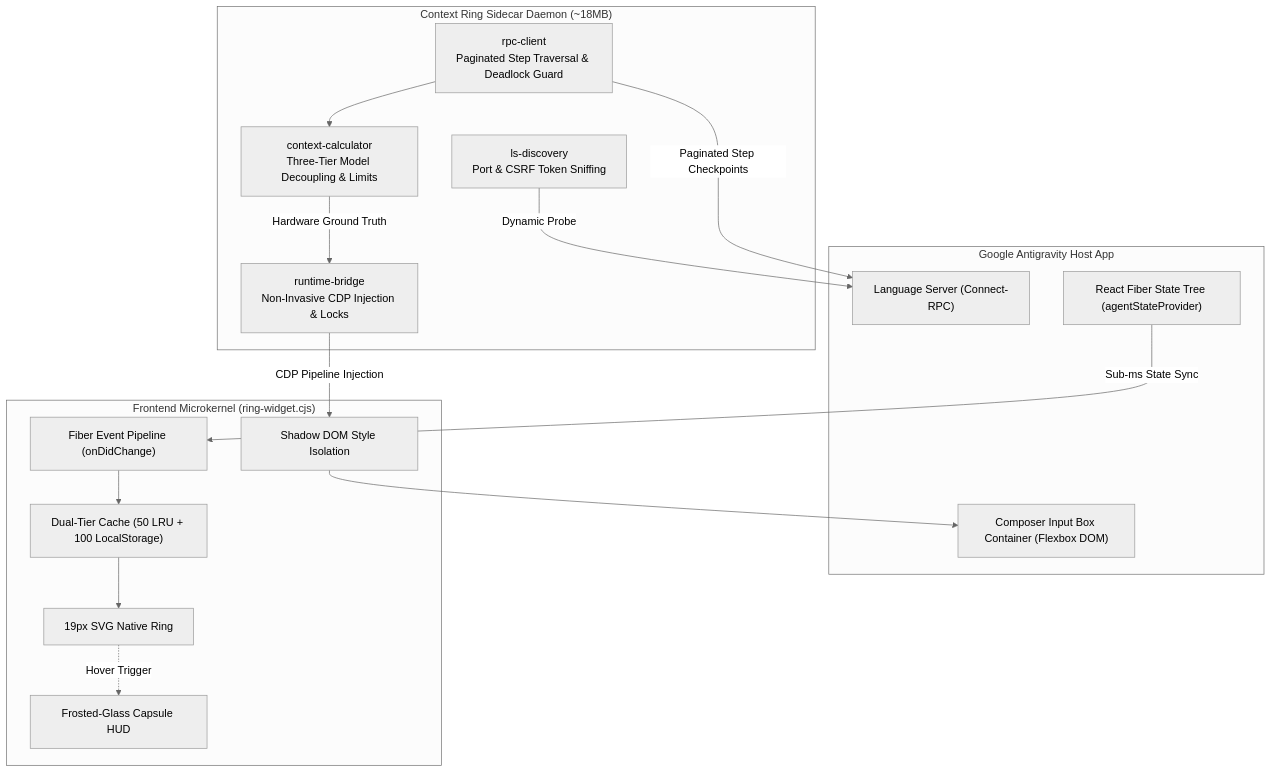
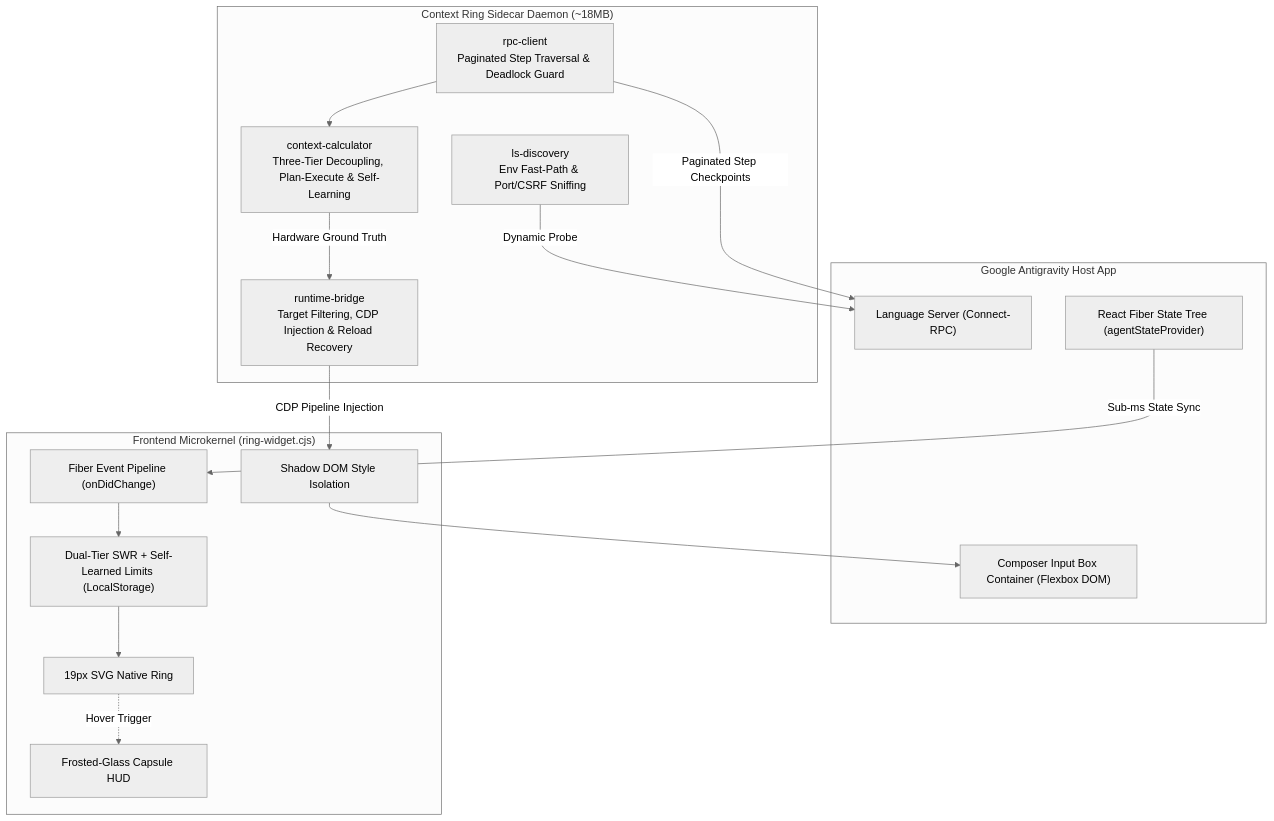
One commit to brien9/antigravity-context-ring changed the diagram in README_EN.md. Above: the diagram before and after it, drawn with Mermaid (neutral theme). The commit also changed other lines of this file and 23 other files, not shown here.

Commit message:
feat(ring): adapt Antigravity v44.9.1 (/btw, /swarm, Orchestrator, dynamic limits) and harden CDP/LS resilience

````diff
--- a/README_EN.md
+++ b/README_EN.md
@@ -95,34 +96,34 @@
 ```mermaid
 flowchart TD
     subgraph AntigravityHost["Google Antigravity Host App"]
         LS["Language Server (Connect-RPC)"]
         Fiber["React Fiber State Tree (agentStateProvider)"]
         UI["Composer Input Box Container (Flexbox DOM)"]
     end
 
     subgraph SidecarEngine["Context Ring Sidecar Daemon (~18MB)"]
-        Discovery["ls-discovery<br/>Port & CSRF Token Sniffing"]
+        Discovery["ls-discovery<br/>Env Fast-Path & Port/CSRF Sniffing"]
         Rpc["rpc-client<br/>Paginated Step Traversal & Deadlock Guard"]
-        Calc["context-calculator<br/>Three-Tier Model Decoupling & Limits"]
-        Bridge["runtime-bridge<br/>Non-Invasive CDP Injection & Locks"]
+        Calc["context-calculator<br/>Three-Tier Decoupling, Plan-Execute & Self-Learning"]
+        Bridge["runtime-bridge<br/>Target Filtering, CDP Injection & Reload Recovery"]
     end
 
     subgraph NativeWidget["Frontend Microkernel (ring-widget.cjs)"]
         ShadowRoot["Shadow DOM Style Isolation"]
         RingDOM["19px SVG Native Ring"]
         TooltipDOM["Frosted-Glass Capsule HUD"]
-        SWRMap["Dual-Tier Cache (50 LRU + 100 LocalStorage)"]
+        SWRMap["Dual-Tier SWR + Self-Learned Limits (LocalStorage)"]
         FiberObserver["Fiber Event Pipeline (onDidChange)"]
     end
 
     Discovery -->|"Dynamic Probe"| LS
     Rpc -->|"Paginated Step Checkpoints"| LS
     Rpc --> Calc
     Calc -->|"Hardware Ground Truth"| Bridge
     Bridge -->|"CDP Pipeline Injection"| ShadowRoot
     ShadowRoot --> UI
     Fiber -->|"Sub-ms State Sync"| FiberObserver
     FiberObserver --> SWRMap
     SWRMap --> RingDOM
     RingDOM -.->|"Hover Trigger"| TooltipDOM
 ```
````
